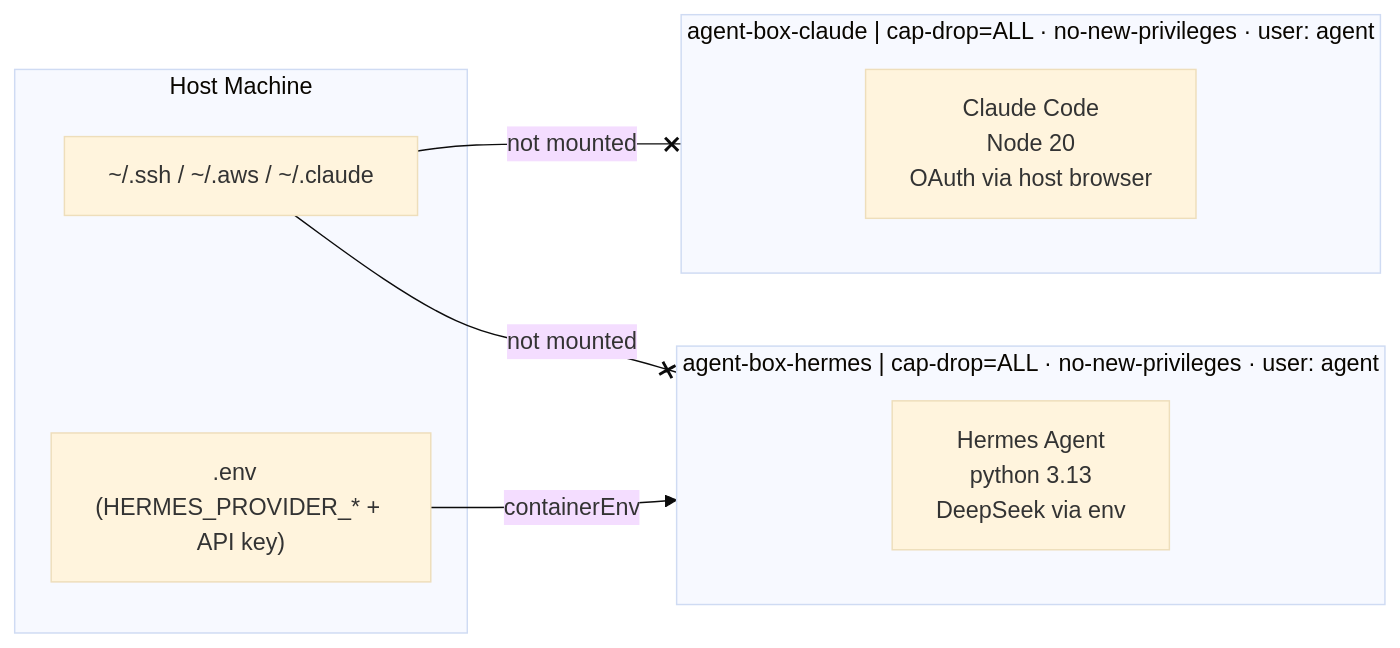
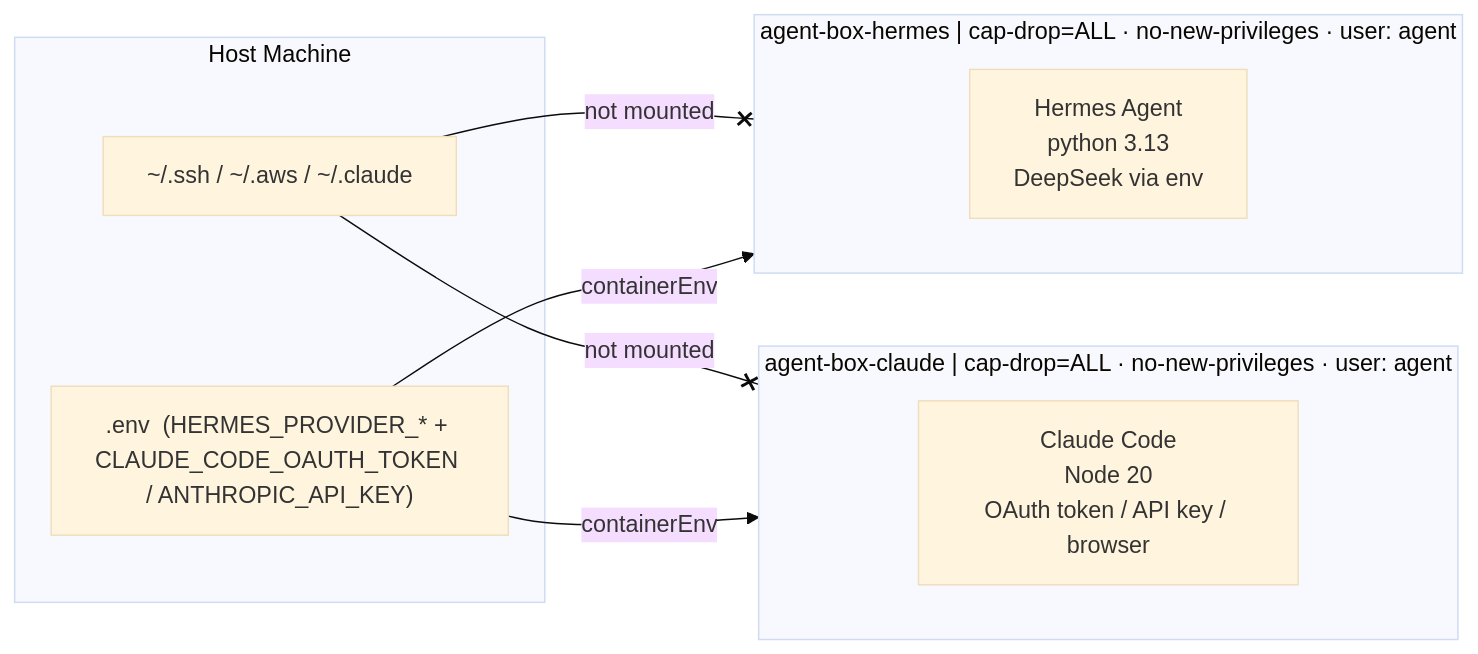
Before and after one commit to Warlord77/ai_sre: the diagram in agent-box/README.md, drawn with Mermaid (base theme). The commit also changed other lines of this file and 10 other files, not shown here.

````diff
--- a/agent-box/README.md
+++ b/agent-box/README.md
@@ -27,19 +27,20 @@
 ```mermaid
 flowchart LR
     subgraph host["Host Machine"]
         creds["~/.ssh / ~/.aws / ~/.claude"]
-        env[".env  (HERMES_PROVIDER_* + API key)"]
+        env[".env  (HERMES_PROVIDER_* + CLAUDE_CODE_OAUTH_TOKEN / ANTHROPIC_API_KEY)"]
     end
 
     subgraph hermes_container["agent-box-hermes  |  cap-drop=ALL · no-new-privileges · user: agent"]
         hermes["Hermes Agent\npython 3.13\nDeepSeek via env"]
     end
 
     subgraph claude_container["agent-box-claude  |  cap-drop=ALL · no-new-privileges · user: agent"]
-        cc["Claude Code\nNode 20\nOAuth via host browser"]
+        cc["Claude Code\nNode 20\nOAuth token / API key / browser"]
     end
 
     creds --x|"not mounted"| hermes_container
     creds --x|"not mounted"| claude_container
     env -->|"containerEnv"| hermes_container
+    env -->|"containerEnv"| claude_container
 ```
````
